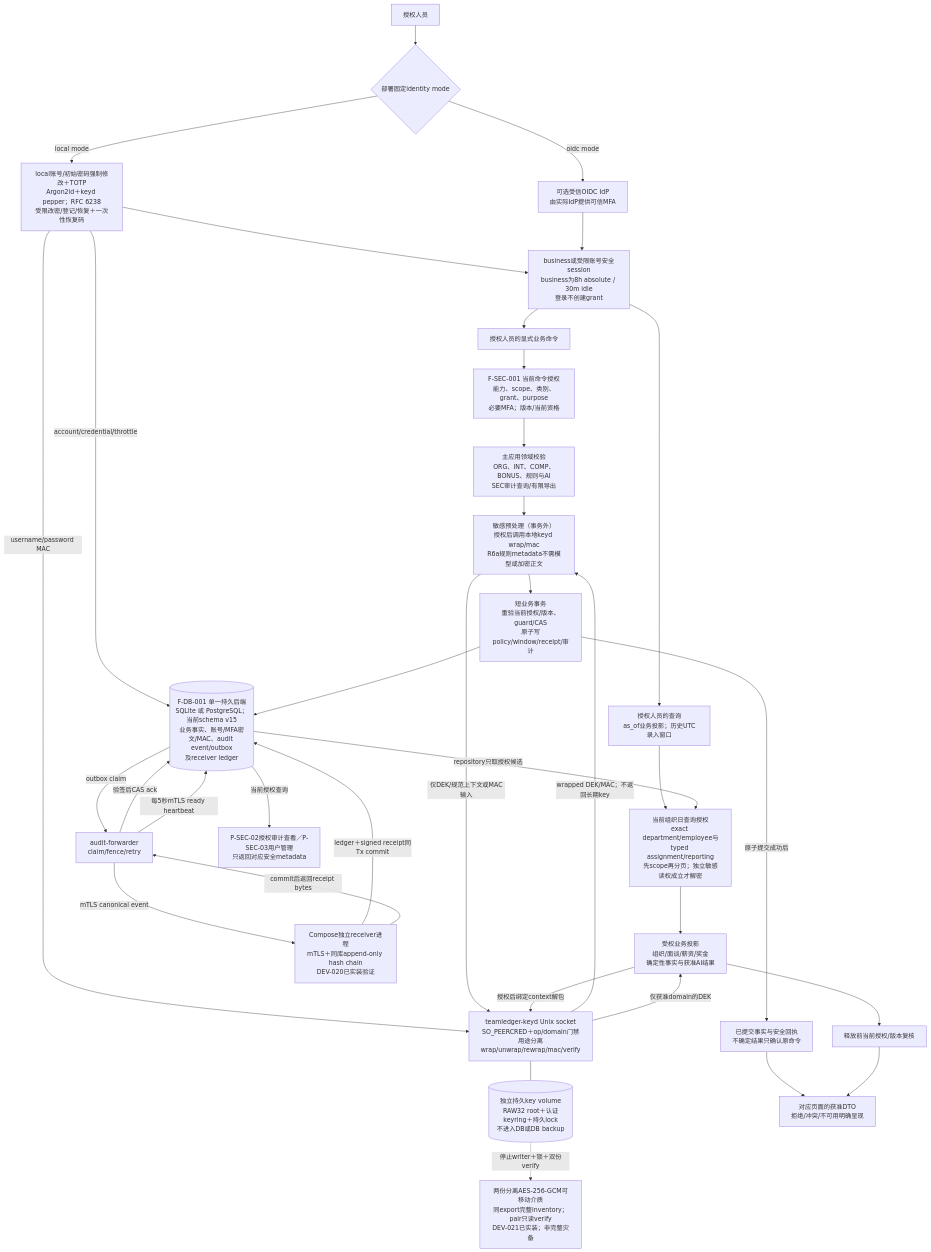
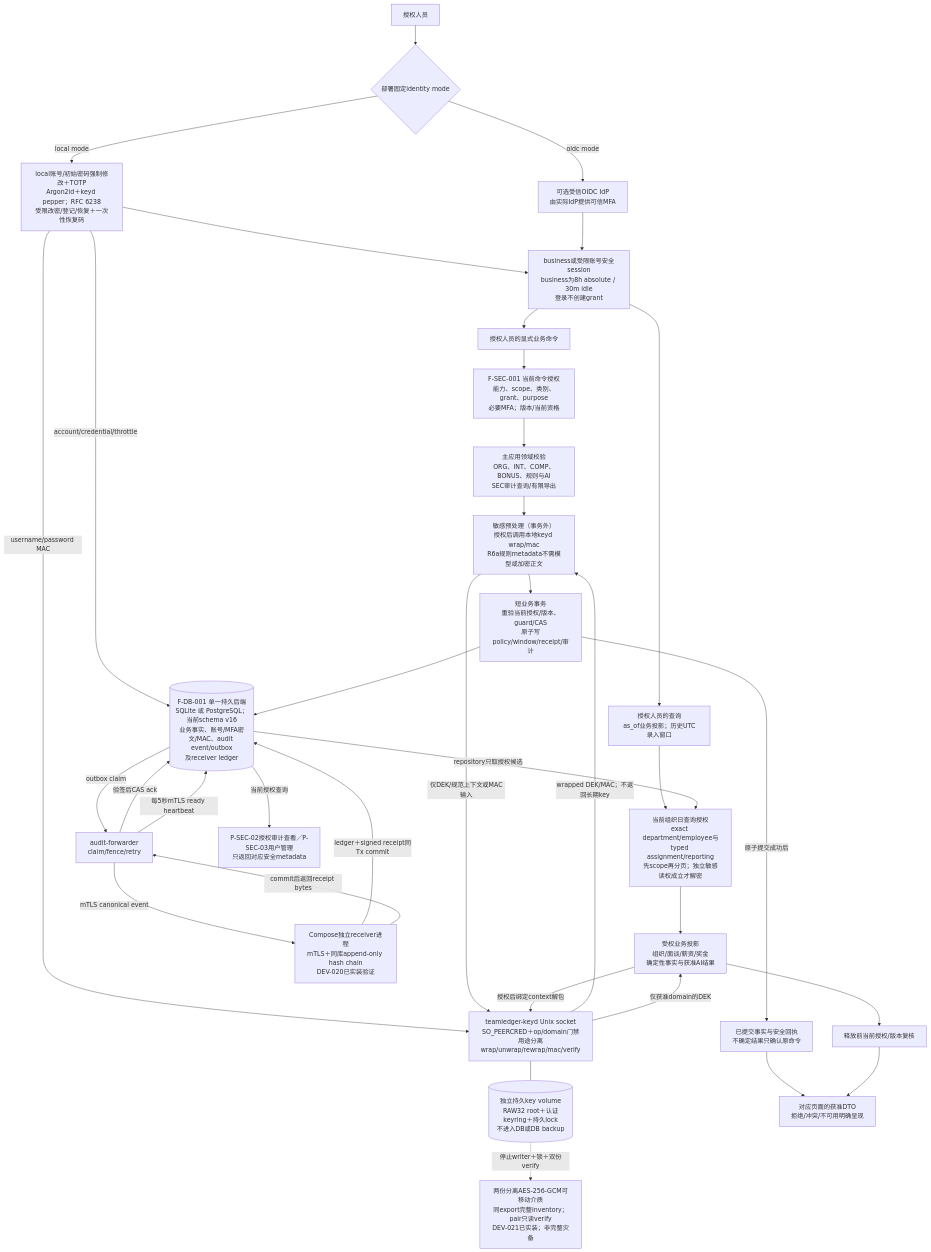
One commit to r404r/team-ledger-pub changed the second of 13 diagrams in docs/FUNCTIONAL_SPEC.md. Above: the diagram before and after it, drawn with Mermaid. The commit also changed other lines of this file and 6 other files, not shown here.

````diff
--- a/docs/FUNCTIONAL_SPEC.md
+++ b/docs/FUNCTIONAL_SPEC.md
@@ -53,52 +53,52 @@
 ```mermaid
 flowchart TB
     person["授权人员"]
     identity{"部署固定identity mode"}
     local["local账号/初始密码强制修改＋TOTP<br/>Argon2id＋keyd pepper；RFC 6238<br/>受限改密/登记/恢复＋一次性恢复码"]
     oidc["可选受信OIDC IdP<br/>由实际IdP提供可信MFA"]
     session["business或受限账号安全session<br/>business为8h absolute / 30m idle<br/>登录不创建grant"]
     command["授权人员的显式业务命令"]
     gate["F-SEC-001 当前命令授权<br/>能力、scope、类别、grant、purpose<br/>必要MFA；版本/当前资格"]
     domain["主应用领域校验<br/>ORG、INT、COMP、BONUS、规则与AI<br/>SEC审计查询/有限导出"]
     prepare["敏感预处理（事务外）<br/>授权后调用本地keyd wrap/mac<br/>R6a规则metadata不需模型或加密正文"]
     keyd["teamledger-keyd Unix socket<br/>SO_PEERCRED＋op/domain门禁<br/>用途分离wrap/unwrap/rewrap/mac/verify"]
     keyfiles[("独立持久key volume<br/>RAW32 root＋认证keyring＋持久lock<br/>不进入DB或DB backup")]
     offline["两份分离AES-256-GCM可移动介质<br/>同export完整inventory；pair只读verify<br/>DEV-021已实装；非完整灾备"]
     tx["短业务事务<br/>重验当前授权/版本、guard/CAS<br/>原子写policy/window/receipt/审计"]
-    store[("F-DB-001 单一持久后端<br/>SQLite 或 PostgreSQL；当前schema v15<br/>业务事实、账号/MFA密文/MAC、audit event/outbox<br/>及receiver ledger")]
+    store[("F-DB-001 单一持久后端<br/>SQLite 或 PostgreSQL；当前schema v16<br/>业务事实、账号/MFA密文/MAC、audit event/outbox<br/>及receiver ledger")]
     receipt["已提交事实与安全回执<br/>不确定结果只确认原命令"]
     query["授权人员的查询<br/>as_of业务投影；历史UTC录入窗口"]
     readgate["当前组织日查询授权<br/>exact department/employee与typed assignment/reporting<br/>先scope再分页；独立敏感读权成立才解密"]
     projection["受权业务投影<br/>组织/面谈/薪资/奖金<br/>确定性事实与获准AI结果"]
     release["释放前当前授权/版本复核"]
     view["对应页面的获准DTO<br/>拒绝/冲突/不可用明确呈现"]
     forwarder["audit-forwarder<br/>claim/fence/retry"]
     receiver["Compose独立receiver进程<br/>mTLS＋同库append-only hash chain<br/>DEV-020已实装验证"]
     audit["P-SEC-02授权审计查看／P-SEC-03用户管理<br/>只返回对应安全metadata"]
 
     person --> identity
     identity -->|"local mode"| local --> session
     identity -->|"oidc mode"| oidc --> session
     local -->|"username/password MAC"| keyd
     local -->|"account/credential/throttle"| store
     session --> command
     session --> query
     command --> gate --> domain --> prepare --> tx --> store
     prepare -->|"仅DEK/规范上下文或MAC输入"| keyd
     keyd -->|"wrapped DEK/MAC；不返回长期key"| prepare
     keyd --- keyfiles
     keyfiles -.->|"停止writer＋锁＋双份verify"| offline
     tx -->|"原子提交成功后"| receipt --> view
     query --> readgate
     store -->|"repository只取授权候选"| readgate
     readgate --> projection --> release --> view
     projection -->|"授权后绑定context解包"| keyd
     keyd -->|"仅获准domain的DEK"| projection
     store -->|"outbox claim"| forwarder
     forwarder -->|"mTLS canonical event"| receiver
     receiver -->|"ledger＋signed receipt同Tx commit"| store
     receiver -->|"commit后返回receipt bytes"| forwarder
     forwarder -->|"验签后CAS ack"| store
     forwarder -->|"每5秒mTLS ready heartbeat"| store
     store -->|"当前授权查询"| audit
 ```
````
